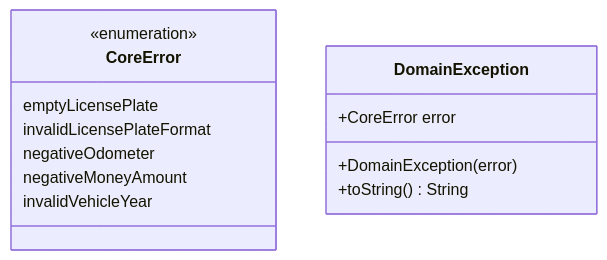
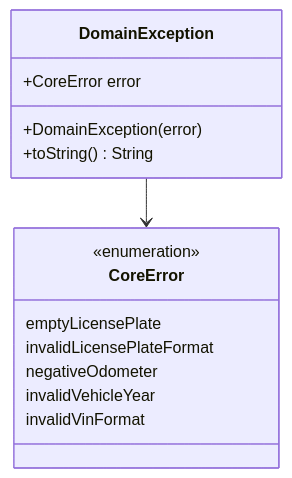
One commit to abrahdev/karter changed diagram 11 of 13 in docs/versioned_docs/version-2026.06.5-alpha/developer/mobile/app-architecture.md. Above: the diagram before and after it, drawn with Mermaid. The commit also changed other lines of this file and 4 other files, not shown here.

First line of the commit message:
docs: update remaining docs and remove dead CoreError value

````diff
--- a/docs/versioned_docs/version-2026.06.5-alpha/developer/mobile/app-architecture.md
+++ b/docs/versioned_docs/version-2026.06.5-alpha/developer/mobile/app-architecture.md
@@ -446,18 +319,19 @@
 ```mermaid
 classDiagram
     class CoreError {
         <<enumeration>>
         emptyLicensePlate
         invalidLicensePlateFormat
         negativeOdometer
-        negativeMoneyAmount
         invalidVehicleYear
+        invalidVinFormat
     }
-    
+
     class DomainException {
         +CoreError error
         +DomainException(error)
         +toString() String
     }
 
+    DomainException --> CoreError
 ```
````
